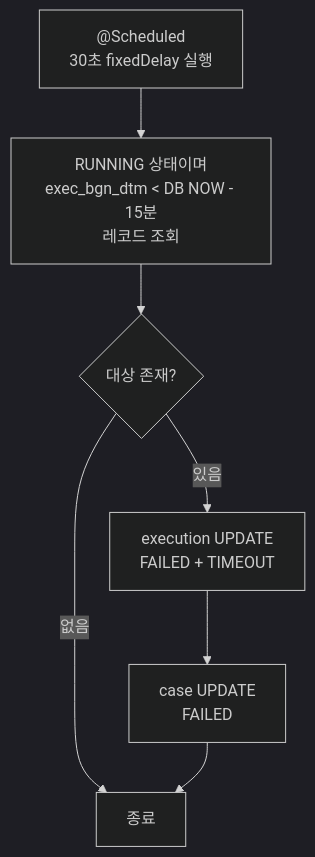
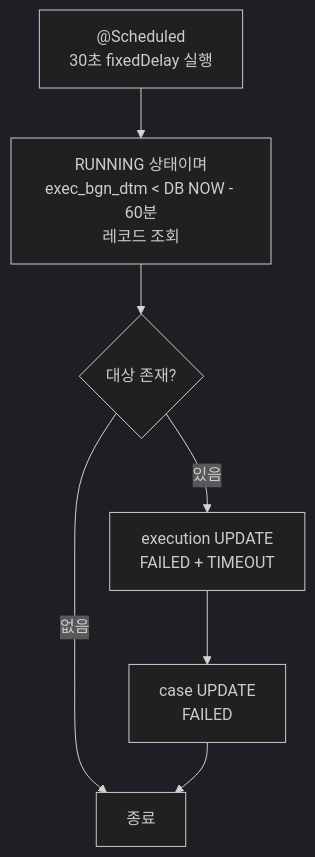
One commit to enkhbaatarL/backtend changed the third of 4 diagrams in docs/design-docs/gas/scenario-case-execution-workflow-design-draft.md. Above: the diagram before and after it, drawn with Mermaid (dark theme). The commit also changed other lines of this file and 6 other files, not shown here.

````diff
--- a/docs/design-docs/gas/scenario-case-execution-workflow-design-draft.md
+++ b/docs/design-docs/gas/scenario-case-execution-workflow-design-draft.md
@@ -506,9 +506,9 @@
 ```mermaid
 flowchart TD
-    A["@Scheduled\n30초 fixedDelay 실행"] --> B["RUNNING 상태이며\nexec_bgn_dtm < DB NOW - 15분\n레코드 조회"]
+    A["@Scheduled\n30초 fixedDelay 실행"] --> B["RUNNING 상태이며\nexec_bgn_dtm < DB NOW - 60분\n레코드 조회"]
     B --> C{대상 존재?}
     C -- 없음 --> Z[종료]
     C -- 있음 --> D["execution UPDATE\nFAILED + TIMEOUT"]
     D --> E["case UPDATE\nFAILED"]
     E --> Z
 ```
````
